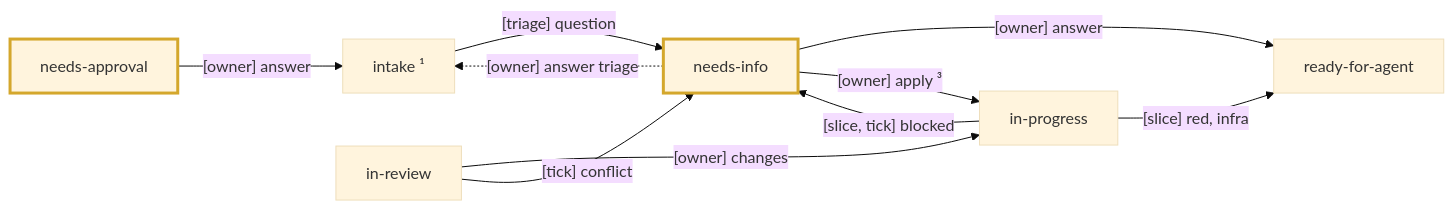
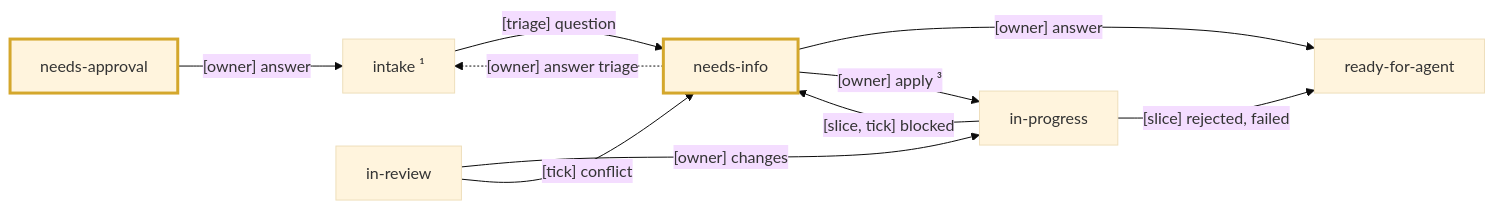
The fifth of 5 diagrams in docs/agents/factory.md (dvalnn/maestro), drawn with Mermaid (base theme) before and after one commit. The commit also changed other lines of this file and 5 other files, not shown here.

````diff
--- a/docs/agents/factory.md
+++ b/docs/agents/factory.md
@@ -193,15 +193,15 @@
 ```mermaid
 flowchart LR
     IN["intake ¹"] -->|"[triage] question"| NI["needs-info"]
     NA["needs-approval"] -->|"[owner] answer"| IN
     IP["in-progress"] -->|"[slice, tick] blocked"| NI
     NI -->|"[owner] answer"| RA["ready-for-agent"]
     NI -.->|"[owner] answer triage"| IN
     NI -->|"[owner] apply ³"| IP
-    IP -->|"[slice] red, infra"| RA
+    IP -->|"[slice] rejected, failed"| RA
     IR["in-review"] -->|"[owner] changes"| IP
     IR -->|"[tick] conflict"| NI
 
     classDef owner stroke:#d4a72c,stroke-width:3px
     class NA,NI owner
 ```
````
